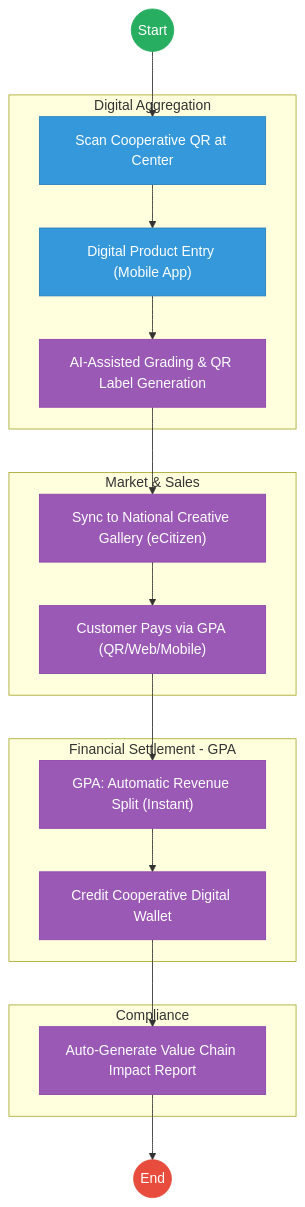
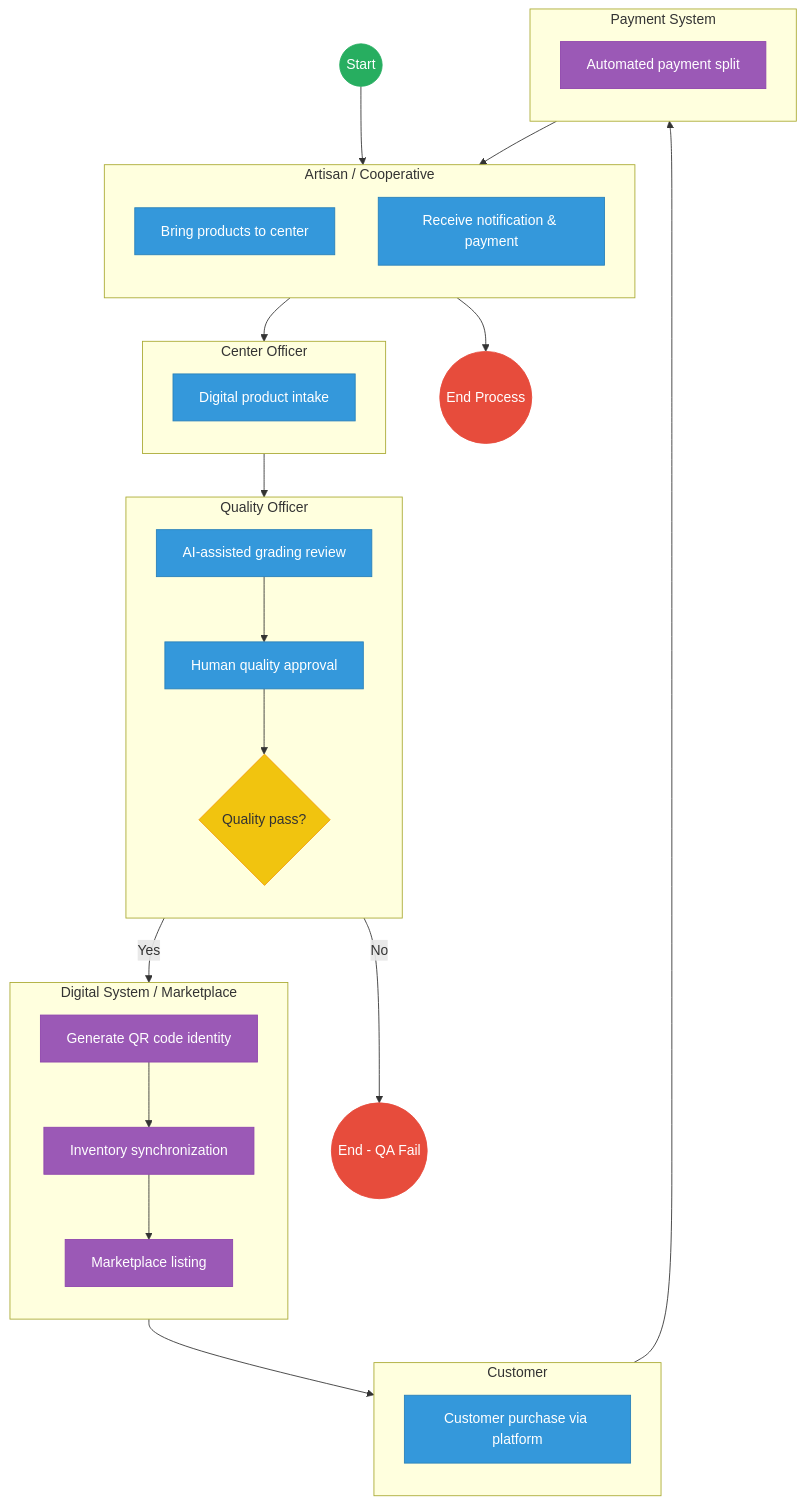
One commit to BITZ-IT-Consulting-LTD/ictapoc changed the second of 2 diagrams in mdas/docs_final/priority_mdas/Culture_and_Heritage___Service_Delivery.md. Above: the diagram before and after it, drawn with Mermaid. The commit also changed other lines of this file and 109 other files, not shown here.

````diff
--- a/mdas/docs_final/priority_mdas/Culture_and_Heritage___Service_Delivery.md
+++ b/mdas/docs_final/priority_mdas/Culture_and_Heritage___Service_Delivery.md
@@ -124,34 +150,73 @@
 ```mermaid
-graph TD
-    Start((Start)) --> Intake["Scan Cooperative QR at Center"]
+flowchart TD
+    %% Events
+    Start((Start))
+    EndProcess((End Process))
+    EndFail((End - QA Fail))
+
+    subgraph ArtisanCoop [Artisan / Cooperative]
+        direction TB
+        BringProd[Bring products to center]
+        RecNotif[Receive notification & payment]
+    end
+
+    subgraph CenterOff [Center Officer]
+        direction TB
+        DigIntake[Digital product intake]
+    end
+
+    subgraph QualOff [Quality Officer]
+        direction TB
+        AIGrade[AI-assisted grading review]
+        ApprQual[Human quality approval]
+        QualGateway{Quality pass?}
+    end
+
+    subgraph Sys [Digital System / Marketplace]
+        direction TB
+        GenQR[Generate QR code identity]
+        SyncInv[Inventory synchronization]
+        ListMarket[Marketplace listing]
+    end
+
+    subgraph Cust [Customer]
+        direction TB
+        CustBuy[Customer purchase via platform]
+    end
+
+    subgraph PaySys [Payment System]
+        direction TB
+        AutoSplit[Automated payment split]
+    end
+
+    %% Flow connections
+    Start --> BringProd
+    BringProd --> DigIntake
+    DigIntake --> AIGrade
+    AIGrade --> ApprQual
+    ApprQual --> QualGateway
     
-    subgraph Layer1 [Digital Aggregation]
-        Intake --> Log["Digital Product Entry (Mobile App)"]
-        Log --> Grad["AI-Assisted Grading & QR Label Generation"]
-    end
+    QualGateway -- "No" --> EndFail
+    QualGateway -- "Yes" --> GenQR
     
-    subgraph Layer2 [Market & Sales]
-        Grad --> Sync["Sync to National Creative Gallery (eCitizen)"]
-        Sync --> Purchase["Customer Pays via GPA (QR/Web/Mobile)"]
-    end
+    GenQR --> SyncInv
+    SyncInv --> ListMarket
+    ListMarket --> CustBuy
     
-    subgraph Layer3 [Financial Settlement - GPA]
-        Purchase --> Split["GPA: Automatic Revenue Split (Instant)"]
-        Split --> Wallet["Credit Cooperative Digital Wallet"]
-    end
-    
-    subgraph Layer4 [Compliance]
-        Wallet --> Report["Auto-Generate Value Chain Impact Report"]
-    end
-    
-    Report --> End((End))
+    CustBuy --> AutoSplit
+    AutoSplit --> RecNotif
+    RecNotif --> EndProcess
 
-    classDef start fill:#27ae60,stroke:#27ae60,color:#fff;
-    classDef endNode fill:#e74c3c,stroke:#e74c3c,color:#fff;
+    %% Styling
+    classDef startEvent fill:#27ae60,stroke:#27ae60,color:#fff;
+    classDef endEvent fill:#e74c3c,stroke:#e74c3c,color:#fff;
     classDef userTask fill:#3498db,stroke:#2980b9,color:#fff;
     classDef serviceTask fill:#9b59b6,stroke:#8e44ad,color:#fff;
-    class Start start;
-    class End endNode;
-    class Intake,Log userTask;
-    class Grad,Sync,Purchase,Split,Wallet,Report serviceTask;
+    classDef gateway fill:#f1c40f,stroke:#f39c12,color:#333;
+    
+    class Start startEvent;
+    class EndProcess,EndFail endEvent;
+    class QualGateway gateway;
+    class GenQR,SyncInv,ListMarket,AutoSplit serviceTask;
+    class BringProd,DigIntake,AIGrade,ApprQual,CustBuy,RecNotif userTask;
 ```
````
